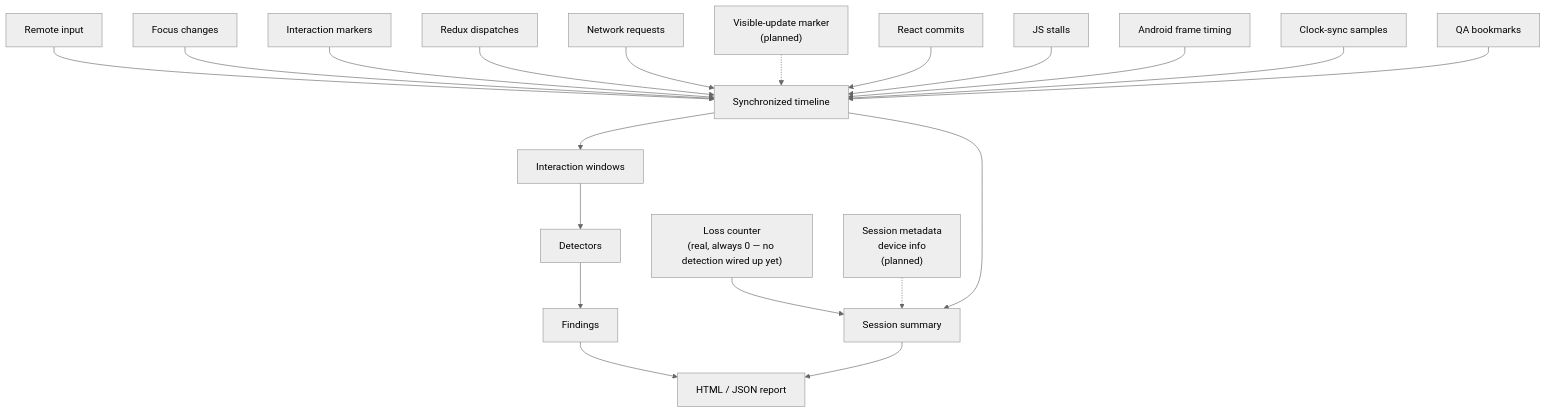
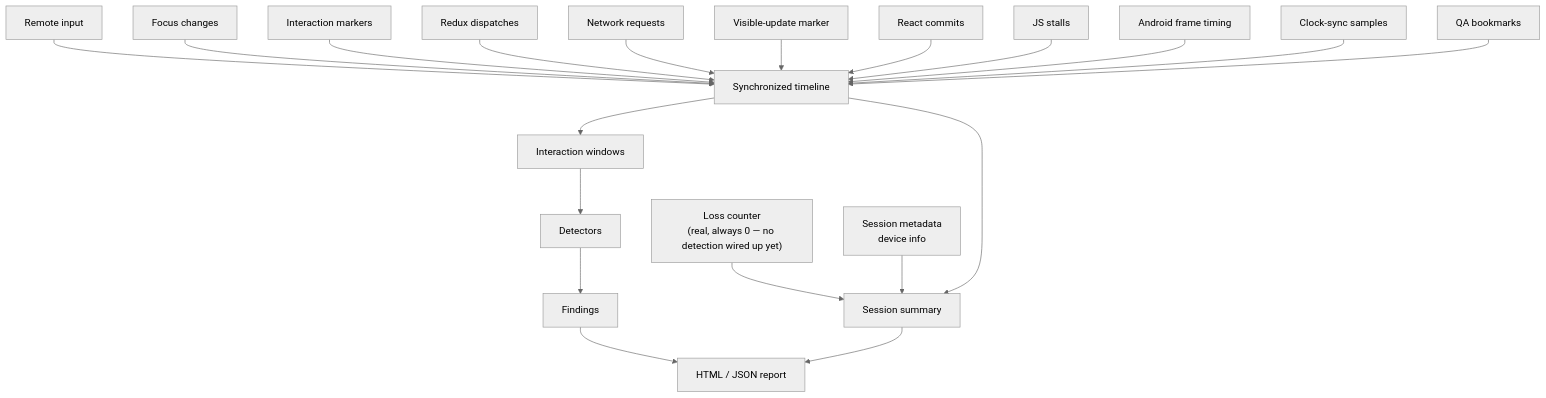
Before and after one commit to undrafted/rn-android-tv-session-telemetry: the diagram in diagrams/signals.mmd, drawn with Mermaid. The commit also changed 21 other files, not shown here.

Commit message:
Add visible-update marker, input-to-visible-update detector, and device/build metadata

```diff
--- a/diagrams/signals.mmd
+++ b/diagrams/signals.mmd
@@ -1,22 +1,22 @@
 %%{init: {"theme": "neutral"}}%%
 flowchart TD
     RemoteInput["Remote input"] --> Timeline["Synchronized timeline"]
     Focus["Focus changes"] --> Timeline
     InteractionMarker["Interaction markers"] --> Timeline
     Redux["Redux dispatches"] --> Timeline
     Network["Network requests"] --> Timeline
-    VisibleUpdate["Visible-update marker<br/>(planned)"] -.-> Timeline
+    VisibleUpdate["Visible-update marker"] --> Timeline
     ReactCommit["React commits"] --> Timeline
     JSStall["JS stalls"] --> Timeline
     FrameTiming["Android frame timing"] --> Timeline
     ClockSync["Clock-sync samples"] --> Timeline
     Bookmarks["QA bookmarks"] --> Timeline
     LossCount["Loss counter<br/>(real, always 0 — no detection wired up yet)"] --> Summary
-    SessionMeta["Session metadata<br/>device info<br/>(planned)"] -.-> Summary
+    SessionMeta["Session metadata<br/>device info"] --> Summary
 
     Timeline --> Windows["Interaction windows"]
     Timeline --> Summary["Session summary"]
     Windows --> Detectors["Detectors"]
     Detectors --> Findings["Findings"]
     Findings --> ReportOut["HTML / JSON report"]
     Summary --> ReportOut
```
